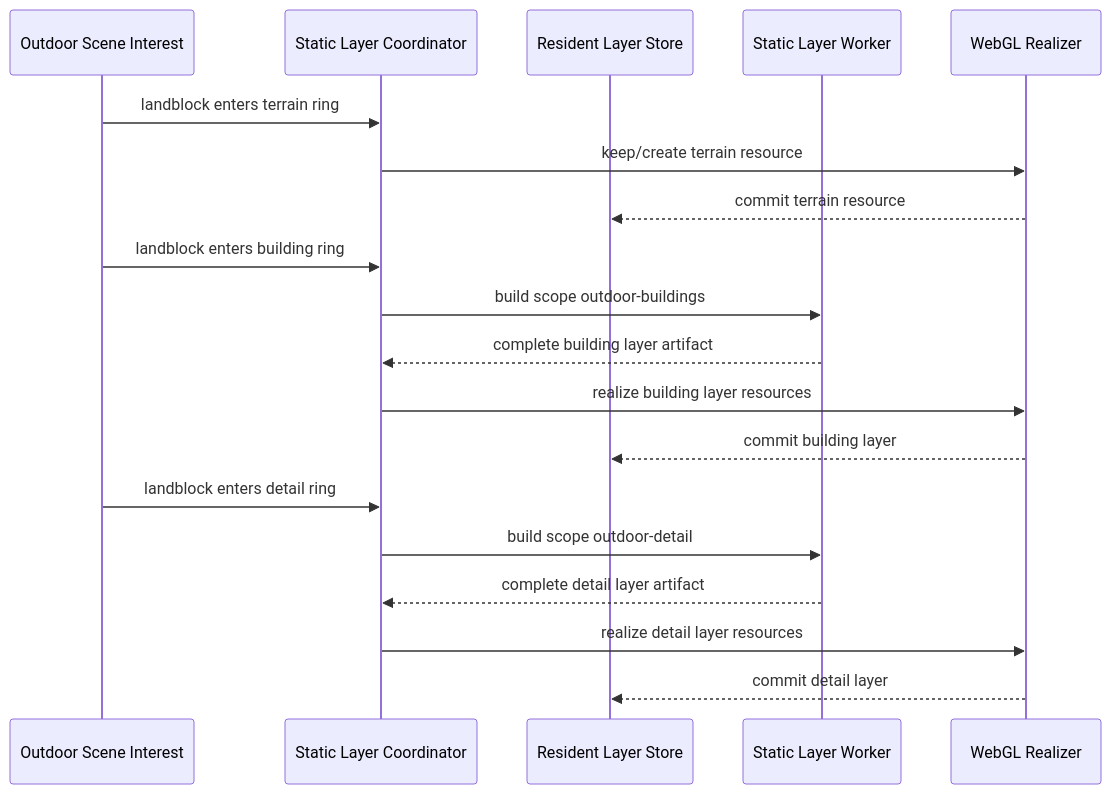
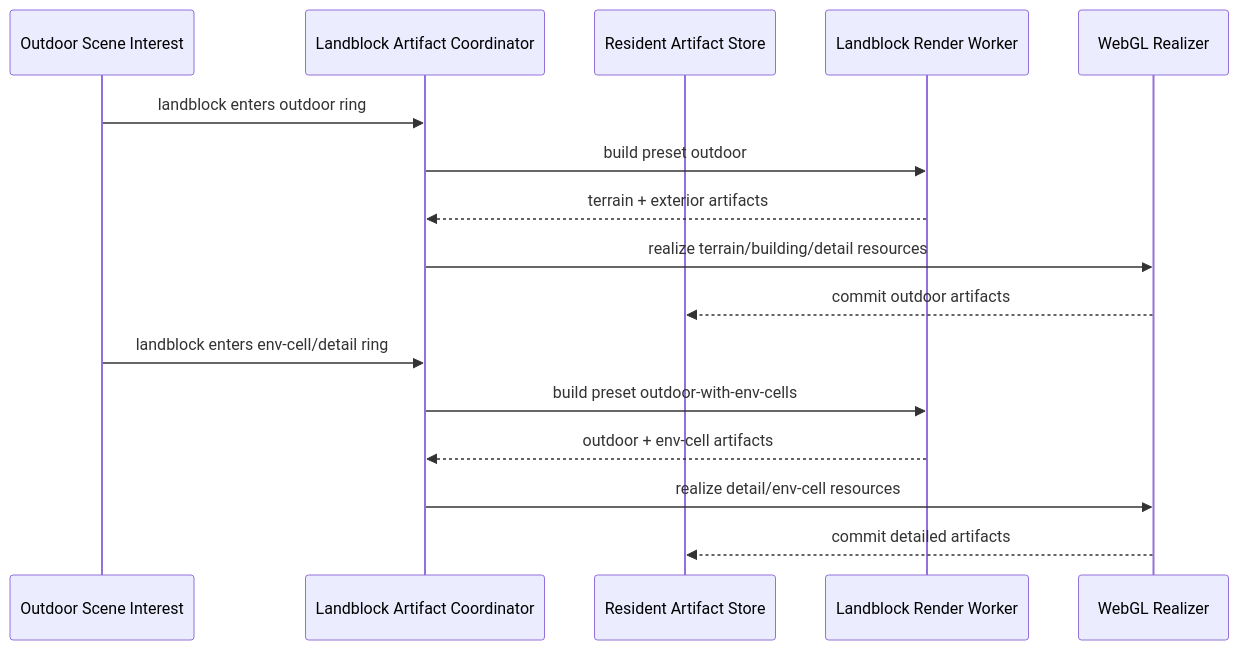
Before and after one commit to merklejerk/holtburger: the third of 9 diagrams in docs/plans/holtburger-3d-static-landblock-render-bundle-replacement-plan.md, drawn with Mermaid. The commit also changed other lines of this file and 3 other files, not shown here.

````diff
--- a/docs/plans/holtburger-3d-static-landblock-render-bundle-replacement-plan.md
+++ b/docs/plans/holtburger-3d-static-landblock-render-bundle-replacement-plan.md
@@ -376,22 +440,19 @@
 ```mermaid
 sequenceDiagram
     participant Interest as Outdoor Scene Interest
-    participant Coord as Static Layer Coordinator
-    participant Store as Resident Layer Store
-    participant Worker as Static Layer Worker
+    participant Coord as Landblock Artifact Coordinator
+    participant Store as Resident Artifact Store
+    participant Worker as Landblock Render Worker
     participant GL as WebGL Realizer
 
-    Interest->>Coord: landblock enters terrain ring
-    Coord->>GL: keep/create terrain resource
-    GL-->>Store: commit terrain resource
-    Interest->>Coord: landblock enters building ring
-    Coord->>Worker: build scope outdoor-buildings
-    Worker-->>Coord: complete building layer artifact
-    Coord->>GL: realize building layer resources
-    GL-->>Store: commit building layer
-    Interest->>Coord: landblock enters detail ring
-    Coord->>Worker: build scope outdoor-detail
-    Worker-->>Coord: complete detail layer artifact
-    Coord->>GL: realize detail layer resources
-    GL-->>Store: commit detail layer
+    Interest->>Coord: landblock enters outdoor ring
+    Coord->>Worker: build preset outdoor
+    Worker-->>Coord: terrain + exterior artifacts
+    Coord->>GL: realize terrain/building/detail resources
+    GL-->>Store: commit outdoor artifacts
+    Interest->>Coord: landblock enters env-cell/detail ring
+    Coord->>Worker: build preset outdoor-with-env-cells
+    Worker-->>Coord: outdoor + env-cell artifacts
+    Coord->>GL: realize detail/env-cell resources
+    GL-->>Store: commit detailed artifacts
 ```
````
